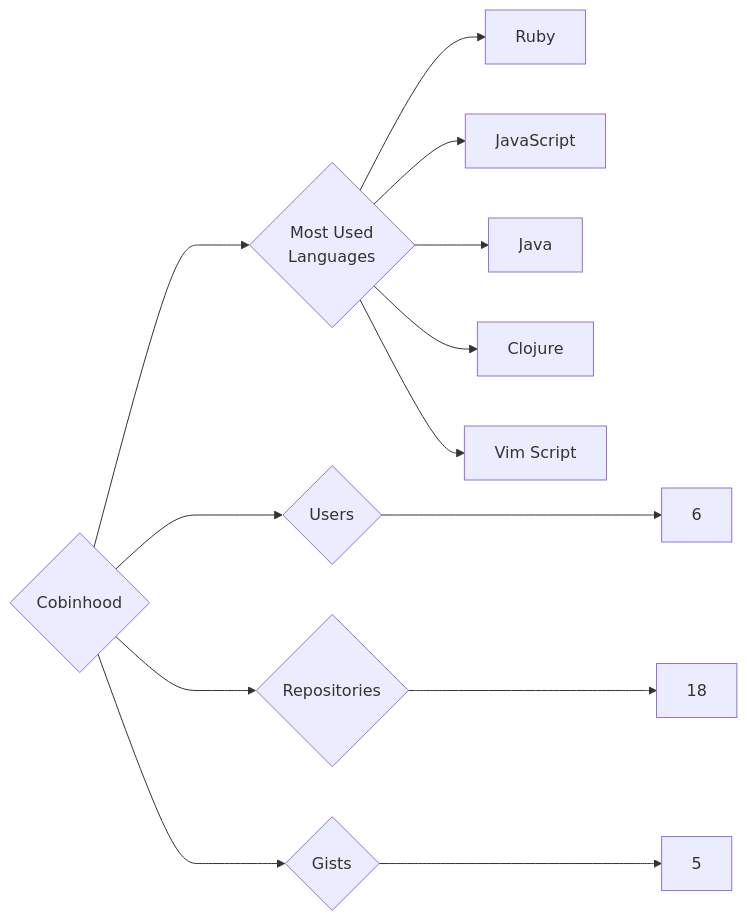
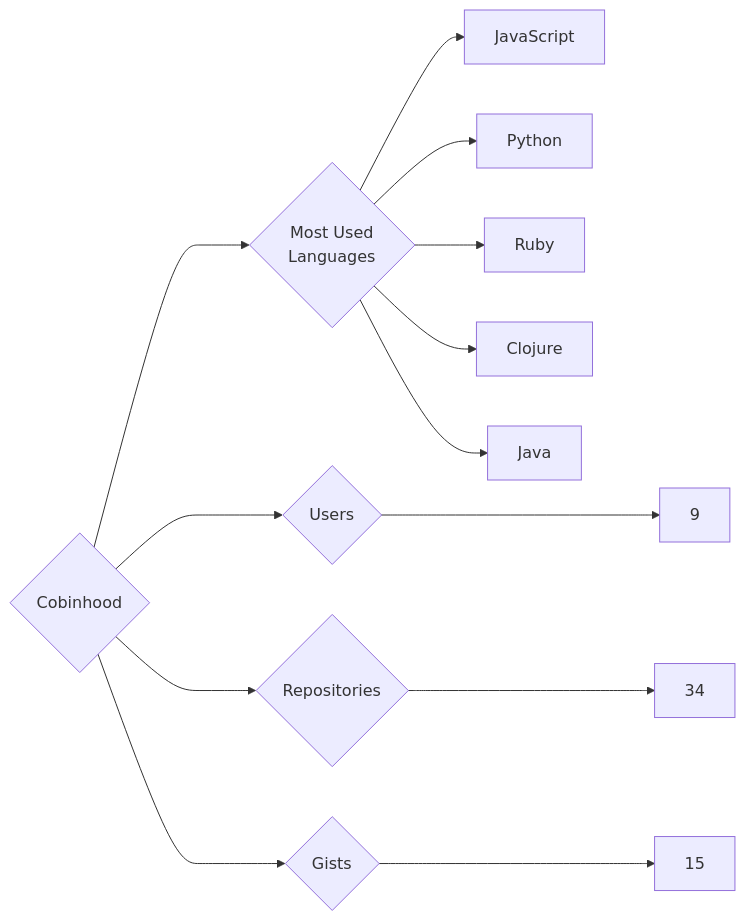
Before and after one commit to trickest/insiders: the diagram in targets/Cobinhood/README.md, drawn with Mermaid. The commit also changed 859 other files, not shown here.

````diff
--- a/targets/Cobinhood/README.md
+++ b/targets/Cobinhood/README.md
@@ -3,13 +3,13 @@
 ```mermaid
 graph LR
 COMPANY_NAME{Cobinhood}
-COMPANY_NAME ---> U{Users} ---> UN[6]
-COMPANY_NAME ---> R{Repositories} ---> RN[18]
-COMPANY_NAME ---> G{Gists} ---> GN[5]
+COMPANY_NAME ---> U{Users} ---> UN[9]
+COMPANY_NAME ---> R{Repositories} ---> RN[34]
+COMPANY_NAME ---> G{Gists} ---> GN[15]
 COMPANY_NAME ---> ML{Most Used<br>Languages}
+ML --> JavaScript[JavaScript]
+ML --> Python[Python]
 ML --> Ruby[Ruby]
-ML --> JavaScript[JavaScript]
+ML --> Clojure[Clojure]
 ML --> Java[Java]
-ML --> Clojure[Clojure]
-ML --> Vim_Script[Vim Script]
 ```
````
